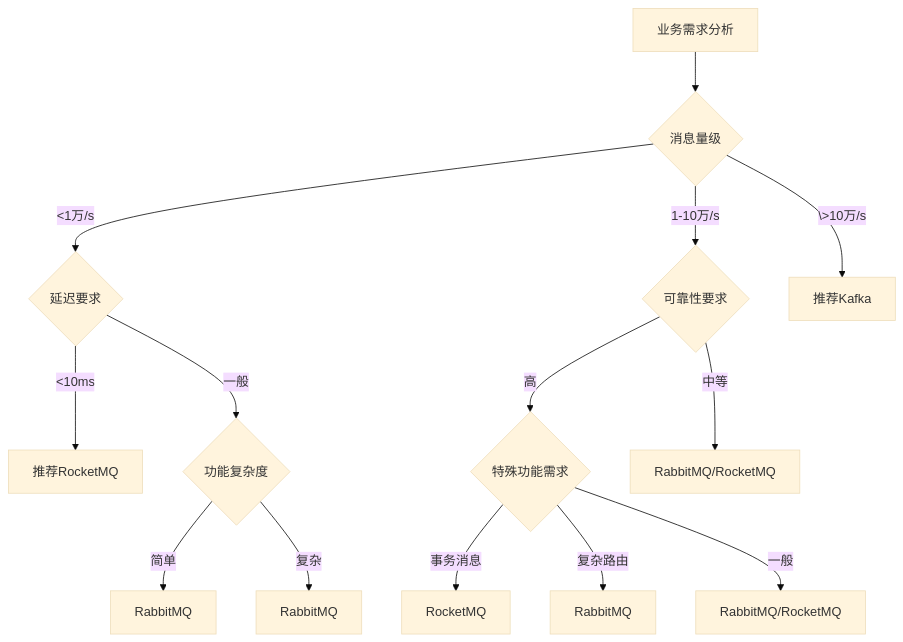
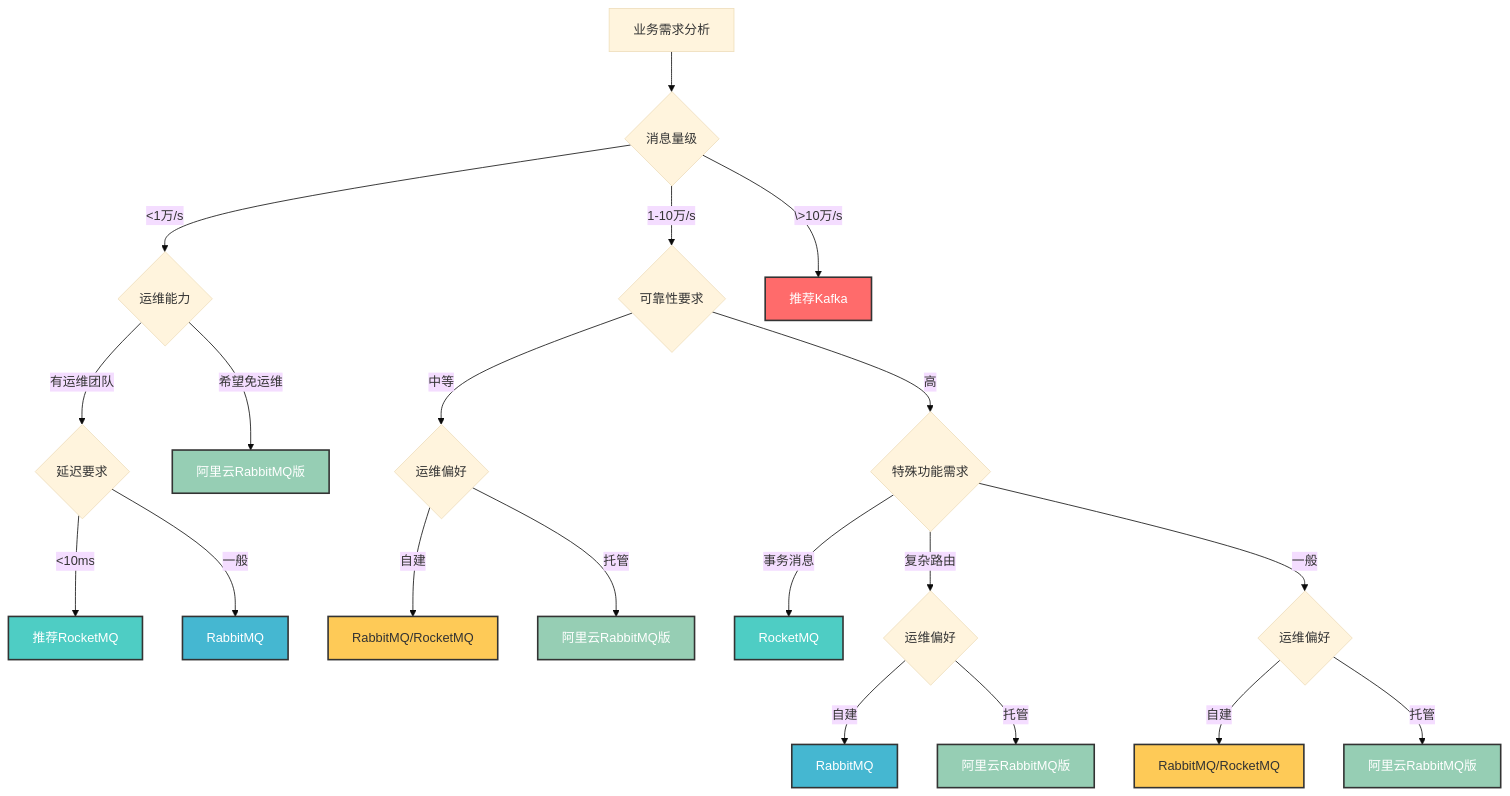
Before and after one commit to shawnfinelee/mq-mastery-guide: the fifth of 5 diagrams in 第七章-产品选型.md, drawn with Mermaid (base theme). The commit also changed other lines of this file and 9 other files, not shown here.

````diff
--- a/第七章-产品选型.md
+++ b/第七章-产品选型.md
@@ -222,20 +277,43 @@
 ```mermaid
 graph TD
     A[业务需求分析] --> B{消息量级}
-    B -->|<1万/s| C{延迟要求}
+    B -->|<1万/s| C{运维能力}
     B -->|1-10万/s| D{可靠性要求}
     B -->|\>10万/s| E[推荐Kafka]
     
-    C -->|<10ms| F[推荐RocketMQ]
-    C -->|一般| G{功能复杂度}
+    C -->|有运维团队| F{延迟要求}
+    C -->|希望免运维| G[阿里云RabbitMQ版]
     
-    D -->|高| H{特殊功能需求}
-    D -->|中等| I[RabbitMQ/RocketMQ]
+    F -->|<10ms| H[推荐RocketMQ]
+    F -->|一般| I[RabbitMQ]
     
-    G -->|简单| J[RabbitMQ]
-    G -->|复杂| K[RabbitMQ]
+    D -->|高| J{特殊功能需求}
+    D -->|中等| K{运维偏好}
     
-    H -->|事务消息| L[RocketMQ]
-    H -->|复杂路由| M[RabbitMQ]
-    H -->|一般| N[RabbitMQ/RocketMQ]
+    K -->|自建| L[RabbitMQ/RocketMQ]
+    K -->|托管| M[阿里云RabbitMQ版]
+    
+    J -->|事务消息| N[RocketMQ]
+    J -->|复杂路由| O{运维偏好}
+    J -->|一般| P{运维偏好}
+    
+    O -->|自建| Q[RabbitMQ]
+    O -->|托管| R[阿里云RabbitMQ版]
+    
+    P -->|自建| S[RabbitMQ/RocketMQ]
+    P -->|托管| T[阿里云RabbitMQ版]
+    
+    %% 样式定义
+    classDef kafkaChoice fill:#FF6B6B,stroke:#333,stroke-width:2px,color:#fff
+    classDef rocketmqChoice fill:#4ECDC4,stroke:#333,stroke-width:2px,color:#fff
+    classDef rabbitmqChoice fill:#45B7D1,stroke:#333,stroke-width:2px,color:#fff  
+    classDef cloudChoice fill:#96CEB4,stroke:#333,stroke-width:2px,color:#fff
+    classDef mixChoice fill:#FECA57,stroke:#333,stroke-width:2px,color:#333
+    
+    %% 应用样式
+    class E kafkaChoice
+    class H,N rocketmqChoice
+    class I,Q rabbitmqChoice
+    class G,M,R,T cloudChoice
+    class L,S mixChoice
 ```
````
